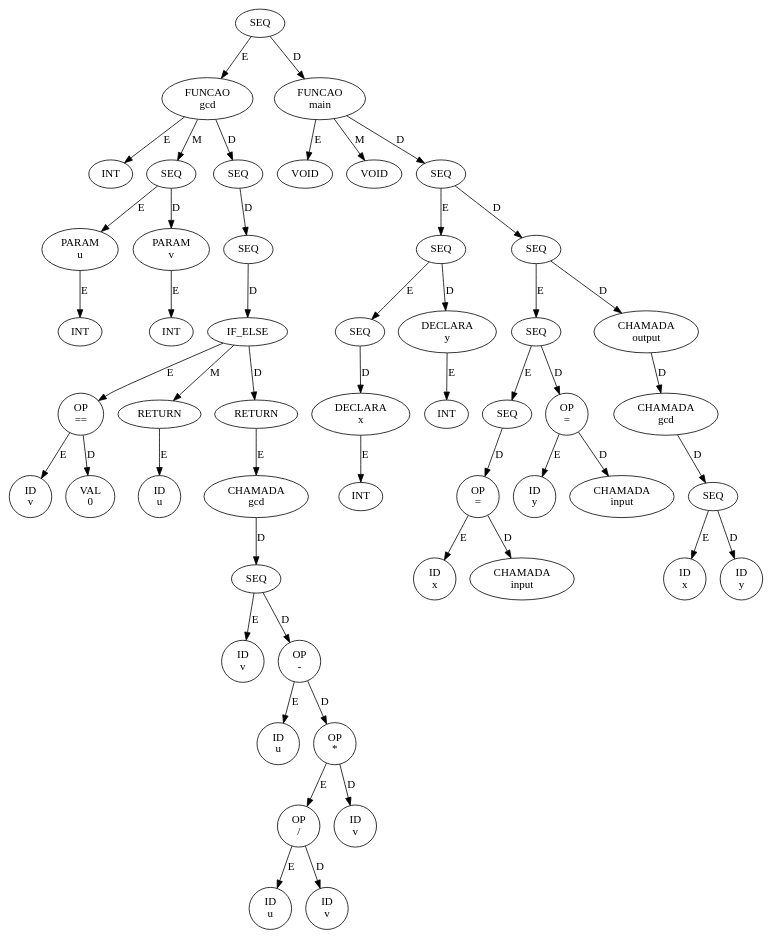
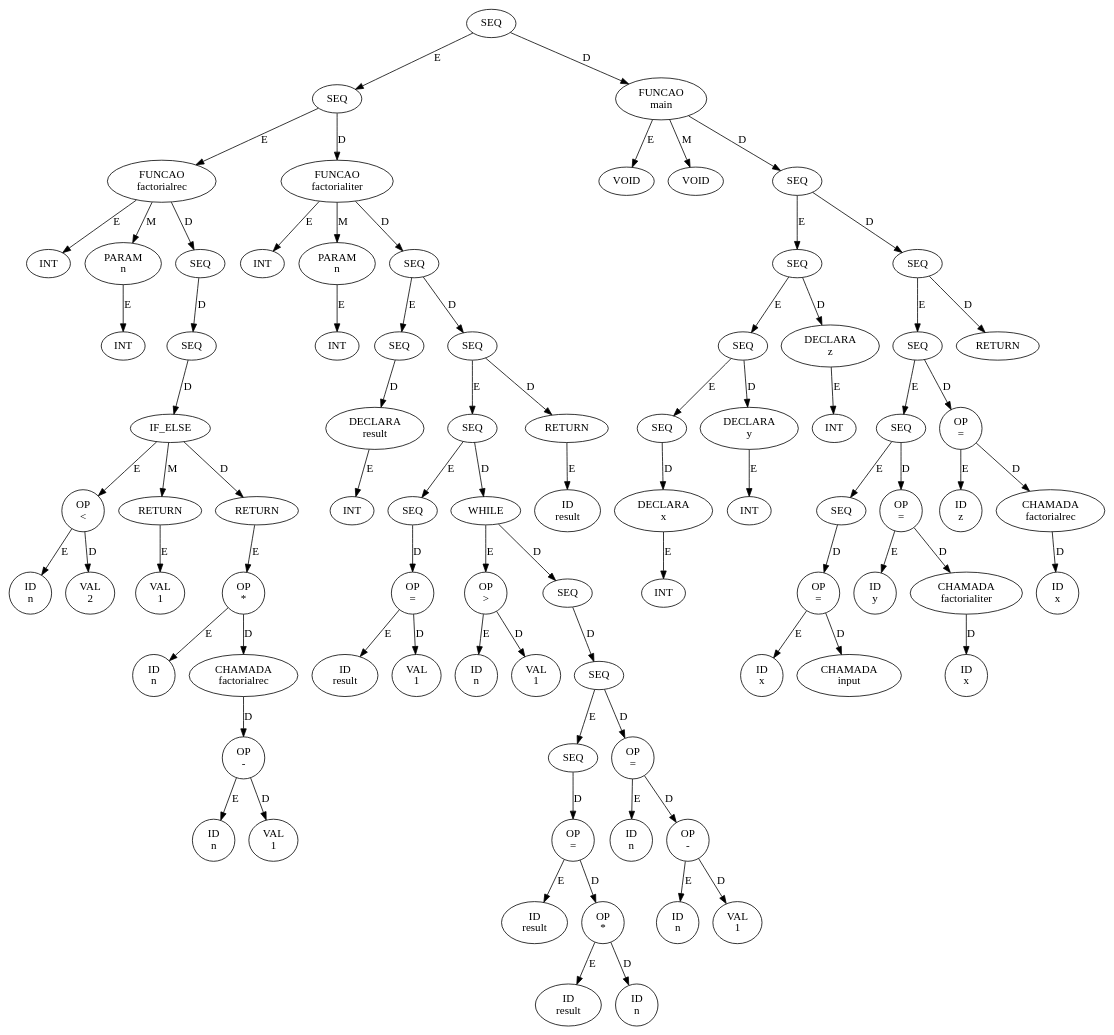
One commit to ErikReis15/compiladores changed the diagram in src/ast.dot. Above: the diagram before and after it, drawn with Graphviz. The commit also changed 2 other files, not shown here.

```diff
--- a/src/ast.dot
+++ b/src/ast.dot
@@ -1,103 +1,167 @@
 digraph AST {
-  n0x579e8e016670 [label="SEQ"];
-  n0x579e8e016670 -> n0x579e8e015dd0 [label="E"];
-  n0x579e8e015dd0 [label="FUNCAO\ngcd"];
-  n0x579e8e015dd0 -> n0x579e8e015510 [label="E"];
-  n0x579e8e015510 [label="INT"];
-  n0x579e8e015dd0 -> n0x579e8e0156f0 [label="M"];
-  n0x579e8e0156f0 [label="SEQ"];
-  n0x579e8e0156f0 -> n0x579e8e0155d0 [label="E"];
-  n0x579e8e0155d0 [label="PARAM\nu"];
-  n0x579e8e0155d0 -> n0x579e8e015570 [label="E"];
-  n0x579e8e015570 [label="INT"];
-  n0x579e8e0156f0 -> n0x579e8e015690 [label="D"];
-  n0x579e8e015690 [label="PARAM\nv"];
-  n0x579e8e015690 -> n0x579e8e015630 [label="E"];
-  n0x579e8e015630 [label="INT"];
-  n0x579e8e015dd0 -> n0x579e8e015d90 [label="D"];
-  n0x579e8e015d90 [label="SEQ"];
-  n0x579e8e015d90 -> n0x579e8e015d50 [label="D"];
-  n0x579e8e015d50 [label="SEQ"];
-  n0x579e8e015d50 -> n0x579e8e015d10 [label="D"];
-  n0x579e8e015d10 [label="IF_ELSE"];
-  n0x579e8e015d10 -> n0x579e8e0157b0 [label="E"];
-  n0x579e8e0157b0 [label="OP\n=="];
-  n0x579e8e0157b0 -> n0x579e8e015750 [label="E"];
-  n0x579e8e015750 [label="ID\nv"];
-  n0x579e8e0157b0 -> n0x579e8e0157f0 [label="D"];
-  n0x579e8e0157f0 [label="VAL\n0"];
-  n0x579e8e015d10 -> n0x579e8e0158b0 [label="M"];
-  n0x579e8e0158b0 [label="RETURN"];
-  n0x579e8e0158b0 -> n0x579e8e015850 [label="E"];
-  n0x579e8e015850 [label="ID\nu"];
-  n0x579e8e015d10 -> n0x579e8e015cd0 [label="D"];
-  n0x579e8e015cd0 [label="RETURN"];
-  n0x579e8e015cd0 -> n0x579e8e015c90 [label="E"];
-  n0x579e8e015c90 [label="CHAMADA\ngcd"];
-  n0x579e8e015c90 -> n0x579e8e015c50 [label="D"];
-  n0x579e8e015c50 [label="SEQ"];
-  n0x579e8e015c50 -> n0x579e8e015930 [label="E"];
-  n0x579e8e015930 [label="ID\nv"];
-  n0x579e8e015c50 -> n0x579e8e015a10 [label="D"];
-  n0x579e8e015a10 [label="OP\n-"];
-  n0x579e8e015a10 -> n0x579e8e0159b0 [label="E"];
-  n0x579e8e0159b0 [label="ID\nu"];
-  n0x579e8e015a10 -> n0x579e8e015b90 [label="D"];
-  n0x579e8e015b90 [label="OP\n*"];
-  n0x579e8e015b90 -> n0x579e8e015ad0 [label="E"];
-  n0x579e8e015ad0 [label="OP\n/"];
-  n0x579e8e015ad0 -> n0x579e8e015a70 [label="E"];
-  n0x579e8e015a70 [label="ID\nu"];
-  n0x579e8e015ad0 -> n0x579e8e015b30 [label="D"];
-  n0x579e8e015b30 [label="ID\nv"];
-  n0x579e8e015b90 -> n0x579e8e015bf0 [label="D"];
-  n0x579e8e015bf0 [label="ID\nv"];
-  n0x579e8e016670 -> n0x579e8e016610 [label="D"];
-  n0x579e8e016610 [label="FUNCAO\nmain"];
-  n0x579e8e016610 -> n0x579e8e015e30 [label="E"];
-  n0x579e8e015e30 [label="VOID"];
-  n0x579e8e016610 -> n0x579e8e015e90 [label="M"];
-  n0x579e8e015e90 [label="VOID"];
-  n0x579e8e016610 -> n0x579e8e0165d0 [label="D"];
-  n0x579e8e0165d0 [label="SEQ"];
-  n0x579e8e0165d0 -> n0x579e8e016090 [label="E"];
-  n0x579e8e016090 [label="SEQ"];
-  n0x579e8e016090 -> n0x579e8e015f90 [label="E"];
-  n0x579e8e015f90 [label="SEQ"];
-  n0x579e8e015f90 -> n0x579e8e015f30 [label="D"];
-  n0x579e8e015f30 [label="DECLARA\nx"];
-  n0x579e8e015f30 -> n0x579e8e015ed0 [label="E"];
-  n0x579e8e015ed0 [label="INT"];
-  n0x579e8e016090 -> n0x579e8e016030 [label="D"];
-  n0x579e8e016030 [label="DECLARA\ny"];
-  n0x579e8e016030 -> n0x579e8e015fd0 [label="E"];
-  n0x579e8e015fd0 [label="INT"];
-  n0x579e8e0165d0 -> n0x579e8e016590 [label="D"];
-  n0x579e8e016590 [label="SEQ"];
-  n0x579e8e016590 -> n0x579e8e016350 [label="E"];
-  n0x579e8e016350 [label="SEQ"];
-  n0x579e8e016350 -> n0x579e8e0161f0 [label="E"];
-  n0x579e8e0161f0 [label="SEQ"];
-  n0x579e8e0161f0 -> n0x579e8e0161b0 [label="D"];
-  n0x579e8e0161b0 [label="OP\n="];
-  n0x579e8e0161b0 -> n0x579e8e0160f0 [label="E"];
-  n0x579e8e0160f0 [label="ID\nx"];
-  n0x579e8e0161b0 -> n0x579e8e016170 [label="D"];
-  n0x579e8e016170 [label="CHAMADA\ninput"];
-  n0x579e8e016350 -> n0x579e8e016310 [label="D"];
-  n0x579e8e016310 [label="OP\n="];
-  n0x579e8e016310 -> n0x579e8e016250 [label="E"];
-  n0x579e8e016250 [label="ID\ny"];
-  n0x579e8e016310 -> n0x579e8e0162d0 [label="D"];
-  n0x579e8e0162d0 [label="CHAMADA\ninput"];
-  n0x579e8e016590 -> n0x579e8e016550 [label="D"];
-  n0x579e8e016550 [label="CHAMADA\noutput"];
-  n0x579e8e016550 -> n0x579e8e016510 [label="D"];
-  n0x579e8e016510 [label="CHAMADA\ngcd"];
-  n0x579e8e016510 -> n0x579e8e0164d0 [label="D"];
-  n0x579e8e0164d0 [label="SEQ"];
-  n0x579e8e0164d0 -> n0x579e8e0163f0 [label="E"];
-  n0x579e8e0163f0 [label="ID\nx"];
-  n0x579e8e0164d0 -> n0x579e8e016470 [label="D"];
-  n0x579e8e016470 [label="ID\ny"];
+  n0x5c4f61d93050 [label="SEQ"];
+  n0x5c4f61d93050 -> n0x5c4f61d92630 [label="E"];
+  n0x5c4f61d92630 [label="SEQ"];
+  n0x5c4f61d92630 -> n0x5c4f61d91ad0 [label="E"];
+  n0x5c4f61d91ad0 [label="FUNCAO\nfactorialrec"];
+  n0x5c4f61d91ad0 -> n0x5c4f61d91510 [label="E"];
+  n0x5c4f61d91510 [label="INT"];
+  n0x5c4f61d91ad0 -> n0x5c4f61d915d0 [label="M"];
+  n0x5c4f61d915d0 [label="PARAM\nn"];
+  n0x5c4f61d915d0 -> n0x5c4f61d91570 [label="E"];
+  n0x5c4f61d91570 [label="INT"];
+  n0x5c4f61d91ad0 -> n0x5c4f61d91a90 [label="D"];
+  n0x5c4f61d91a90 [label="SEQ"];
+  n0x5c4f61d91a90 -> n0x5c4f61d91a50 [label="D"];
+  n0x5c4f61d91a50 [label="SEQ"];
+  n0x5c4f61d91a50 -> n0x5c4f61d91a10 [label="D"];
+  n0x5c4f61d91a10 [label="IF_ELSE"];
+  n0x5c4f61d91a10 -> n0x5c4f61d916b0 [label="E"];
+  n0x5c4f61d916b0 [label="OP\n<"];
+  n0x5c4f61d916b0 -> n0x5c4f61d91650 [label="E"];
+  n0x5c4f61d91650 [label="ID\nn"];
+  n0x5c4f61d916b0 -> n0x5c4f61d916f0 [label="D"];
+  n0x5c4f61d916f0 [label="VAL\n2"];
+  n0x5c4f61d91a10 -> n0x5c4f61d91770 [label="M"];
+  n0x5c4f61d91770 [label="RETURN"];
+  n0x5c4f61d91770 -> n0x5c4f61d91730 [label="E"];
+  n0x5c4f61d91730 [label="VAL\n1"];
+  n0x5c4f61d91a10 -> n0x5c4f61d919d0 [label="D"];
+  n0x5c4f61d919d0 [label="RETURN"];
+  n0x5c4f61d919d0 -> n0x5c4f61d91830 [label="E"];
+  n0x5c4f61d91830 [label="OP\n*"];
+  n0x5c4f61d91830 -> n0x5c4f61d917d0 [label="E"];
+  n0x5c4f61d917d0 [label="ID\nn"];
+  n0x5c4f61d91830 -> n0x5c4f61d91990 [label="D"];
+  n0x5c4f61d91990 [label="CHAMADA\nfactorialrec"];
+  n0x5c4f61d91990 -> n0x5c4f61d91910 [label="D"];
+  n0x5c4f61d91910 [label="OP\n-"];
+  n0x5c4f61d91910 -> n0x5c4f61d918b0 [label="E"];
+  n0x5c4f61d918b0 [label="ID\nn"];
+  n0x5c4f61d91910 -> n0x5c4f61d91950 [label="D"];
+  n0x5c4f61d91950 [label="VAL\n1"];
+  n0x5c4f61d92630 -> n0x5c4f61d925d0 [label="D"];
+  n0x5c4f61d925d0 [label="FUNCAO\nfactorialiter"];
+  n0x5c4f61d925d0 -> n0x5c4f61d91b30 [label="E"];
+  n0x5c4f61d91b30 [label="INT"];
+  n0x5c4f61d925d0 -> n0x5c4f61d91bf0 [label="M"];
+  n0x5c4f61d91bf0 [label="PARAM\nn"];
+  n0x5c4f61d91bf0 -> n0x5c4f61d91b90 [label="E"];
+  n0x5c4f61d91b90 [label="INT"];
+  n0x5c4f61d925d0 -> n0x5c4f61d92590 [label="D"];
+  n0x5c4f61d92590 [label="SEQ"];
+  n0x5c4f61d92590 -> n0x5c4f61d91d10 [label="E"];
+  n0x5c4f61d91d10 [label="SEQ"];
+  n0x5c4f61d91d10 -> n0x5c4f61d91cb0 [label="D"];
+  n0x5c4f61d91cb0 [label="DECLARA\nresult"];
+  n0x5c4f61d91cb0 -> n0x5c4f61d91c50 [label="E"];
+  n0x5c4f61d91c50 [label="INT"];
+  n0x5c4f61d92590 -> n0x5c4f61d92550 [label="D"];
+  n0x5c4f61d92550 [label="SEQ"];
+  n0x5c4f61d92550 -> n0x5c4f61d92450 [label="E"];
+  n0x5c4f61d92450 [label="SEQ"];
+  n0x5c4f61d92450 -> n0x5c4f61d91e50 [label="E"];
+  n0x5c4f61d91e50 [label="SEQ"];
+  n0x5c4f61d91e50 -> n0x5c4f61d91e10 [label="D"];
+  n0x5c4f61d91e10 [label="OP\n="];
+  n0x5c4f61d91e10 -> n0x5c4f61d91d70 [label="E"];
+  n0x5c4f61d91d70 [label="ID\nresult"];
+  n0x5c4f61d91e10 -> n0x5c4f61d91dd0 [label="D"];
+  n0x5c4f61d91dd0 [label="VAL\n1"];
+  n0x5c4f61d92450 -> n0x5c4f61d92410 [label="D"];
+  n0x5c4f61d92410 [label="WHILE"];
+  n0x5c4f61d92410 -> n0x5c4f61d91f10 [label="E"];
+  n0x5c4f61d91f10 [label="OP\n>"];
+  n0x5c4f61d91f10 -> n0x5c4f61d91eb0 [label="E"];
+  n0x5c4f61d91eb0 [label="ID\nn"];
+  n0x5c4f61d91f10 -> n0x5c4f61d91f50 [label="D"];
+  n0x5c4f61d91f50 [label="VAL\n1"];
+  n0x5c4f61d92410 -> n0x5c4f61d923d0 [label="D"];
+  n0x5c4f61d923d0 [label="SEQ"];
+  n0x5c4f61d923d0 -> n0x5c4f61d92390 [label="D"];
+  n0x5c4f61d92390 [label="SEQ"];
+  n0x5c4f61d92390 -> n0x5c4f61d92190 [label="E"];
+  n0x5c4f61d92190 [label="SEQ"];
+  n0x5c4f61d92190 -> n0x5c4f61d92150 [label="D"];
+  n0x5c4f61d92150 [label="OP\n="];
+  n0x5c4f61d92150 -> n0x5c4f61d91fb0 [label="E"];
+  n0x5c4f61d91fb0 [label="ID\nresult"];
+  n0x5c4f61d92150 -> n0x5c4f61d92090 [label="D"];
+  n0x5c4f61d92090 [label="OP\n*"];
+  n0x5c4f61d92090 -> n0x5c4f61d92030 [label="E"];
+  n0x5c4f61d92030 [label="ID\nresult"];
+  n0x5c4f61d92090 -> n0x5c4f61d920f0 [label="D"];
+  n0x5c4f61d920f0 [label="ID\nn"];
+  n0x5c4f61d92390 -> n0x5c4f61d92350 [label="D"];
+  n0x5c4f61d92350 [label="OP\n="];
+  n0x5c4f61d92350 -> n0x5c4f61d921f0 [label="E"];
+  n0x5c4f61d921f0 [label="ID\nn"];
+  n0x5c4f61d92350 -> n0x5c4f61d922d0 [label="D"];
+  n0x5c4f61d922d0 [label="OP\n-"];
+  n0x5c4f61d922d0 -> n0x5c4f61d92270 [label="E"];
+  n0x5c4f61d92270 [label="ID\nn"];
+  n0x5c4f61d922d0 -> n0x5c4f61d92310 [label="D"];
+  n0x5c4f61d92310 [label="VAL\n1"];
+  n0x5c4f61d92550 -> n0x5c4f61d92510 [label="D"];
+  n0x5c4f61d92510 [label="RETURN"];
+  n0x5c4f61d92510 -> n0x5c4f61d924b0 [label="E"];
+  n0x5c4f61d924b0 [label="ID\nresult"];
+  n0x5c4f61d93050 -> n0x5c4f61d92ff0 [label="D"];
+  n0x5c4f61d92ff0 [label="FUNCAO\nmain"];
+  n0x5c4f61d92ff0 -> n0x5c4f61d92670 [label="E"];
+  n0x5c4f61d92670 [label="VOID"];
+  n0x5c4f61d92ff0 -> n0x5c4f61d926d0 [label="M"];
+  n0x5c4f61d926d0 [label="VOID"];
+  n0x5c4f61d92ff0 -> n0x5c4f61d92fb0 [label="D"];
+  n0x5c4f61d92fb0 [label="SEQ"];
+  n0x5c4f61d92fb0 -> n0x5c4f61d929d0 [label="E"];
+  n0x5c4f61d929d0 [label="SEQ"];
+  n0x5c4f61d929d0 -> n0x5c4f61d928d0 [label="E"];
+  n0x5c4f61d928d0 [label="SEQ"];
+  n0x5c4f61d928d0 -> n0x5c4f61d927d0 [label="E"];
+  n0x5c4f61d927d0 [label="SEQ"];
+  n0x5c4f61d927d0 -> n0x5c4f61d92770 [label="D"];
+  n0x5c4f61d92770 [label="DECLARA\nx"];
+  n0x5c4f61d92770 -> n0x5c4f61d92710 [label="E"];
+  n0x5c4f61d92710 [label="INT"];
+  n0x5c4f61d928d0 -> n0x5c4f61d92870 [label="D"];
+  n0x5c4f61d92870 [label="DECLARA\ny"];
+  n0x5c4f61d92870 -> n0x5c4f61d92810 [label="E"];
+  n0x5c4f61d92810 [label="INT"];
+  n0x5c4f61d929d0 -> n0x5c4f61d92970 [label="D"];
+  n0x5c4f61d92970 [label="DECLARA\nz"];
+  n0x5c4f61d92970 -> n0x5c4f61d92910 [label="E"];
+  n0x5c4f61d92910 [label="INT"];
+  n0x5c4f61d92fb0 -> n0x5c4f61d92f70 [label="D"];
+  n0x5c4f61d92f70 [label="SEQ"];
+  n0x5c4f61d92f70 -> n0x5c4f61d92ef0 [label="E"];
+  n0x5c4f61d92ef0 [label="SEQ"];
+  n0x5c4f61d92ef0 -> n0x5c4f61d92d10 [label="E"];
+  n0x5c4f61d92d10 [label="SEQ"];
+  n0x5c4f61d92d10 -> n0x5c4f61d92b30 [label="E"];
+  n0x5c4f61d92b30 [label="SEQ"];
+  n0x5c4f61d92b30 -> n0x5c4f61d92af0 [label="D"];
+  n0x5c4f61d92af0 [label="OP\n="];
+  n0x5c4f61d92af0 -> n0x5c4f61d92a30 [label="E"];
+  n0x5c4f61d92a30 [label="ID\nx"];
+  n0x5c4f61d92af0 -> n0x5c4f61d92ab0 [label="D"];
+  n0x5c4f61d92ab0 [label="CHAMADA\ninput"];
+  n0x5c4f61d92d10 -> n0x5c4f61d92cd0 [label="D"];
+  n0x5c4f61d92cd0 [label="OP\n="];
+  n0x5c4f61d92cd0 -> n0x5c4f61d92b90 [label="E"];
+  n0x5c4f61d92b90 [label="ID\ny"];
+  n0x5c4f61d92cd0 -> n0x5c4f61d92c90 [label="D"];
+  n0x5c4f61d92c90 [label="CHAMADA\nfactorialiter"];
+  n0x5c4f61d92c90 -> n0x5c4f61d92c30 [label="D"];
+  n0x5c4f61d92c30 [label="ID\nx"];
+  n0x5c4f61d92ef0 -> n0x5c4f61d92eb0 [label="D"];
+  n0x5c4f61d92eb0 [label="OP\n="];
+  n0x5c4f61d92eb0 -> n0x5c4f61d92d70 [label="E"];
+  n0x5c4f61d92d70 [label="ID\nz"];
+  n0x5c4f61d92eb0 -> n0x5c4f61d92e70 [label="D"];
+  n0x5c4f61d92e70 [label="CHAMADA\nfactorialrec"];
+  n0x5c4f61d92e70 -> n0x5c4f61d92e10 [label="D"];
+  n0x5c4f61d92e10 [label="ID\nx"];
+  n0x5c4f61d92f70 -> n0x5c4f61d92f30 [label="D"];
+  n0x5c4f61d92f30 [label="RETURN"];
 }
```
